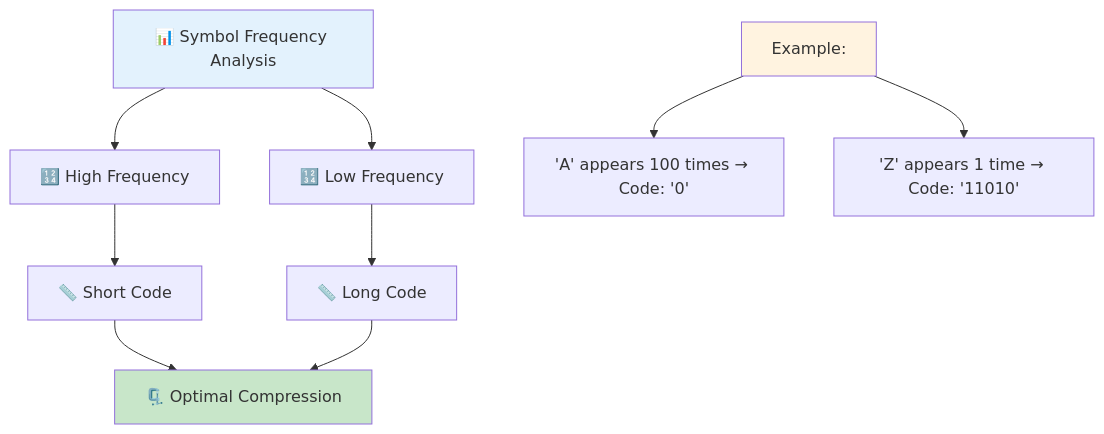
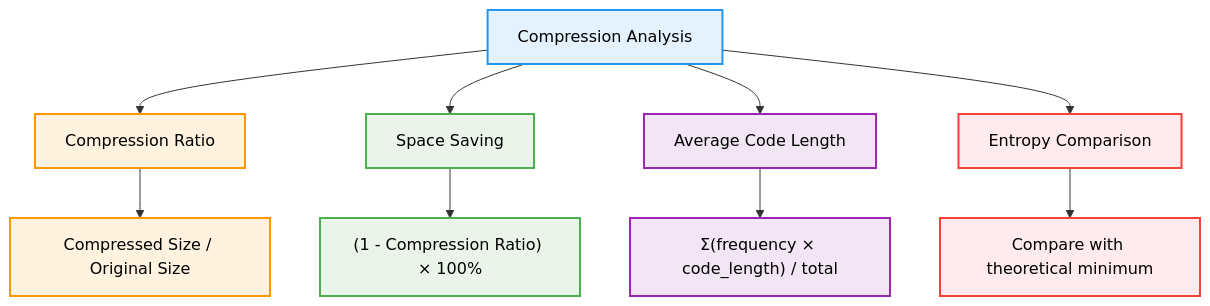
One commit to AbhishekGiri04/Algorithmics-Foundations changed the fourth of 6 diagrams in concepts/huffman.md. Above: the diagram before and after it, drawn with Mermaid. The commit also changed other lines of this file, not shown here.

````diff
--- a/concepts/huffman.md
+++ b/concepts/huffman.md
@@ -50,18 +430,24 @@
 ```mermaid
 flowchart TD
-    A["📊 Symbol Frequency Analysis"] --> B["🔢 High Frequency"]
-    A --> C["🔢 Low Frequency"]
+    A["Compression Analysis"] --> B["Compression Ratio"]
+    A --> C["Space Saving"]
+    A --> D["Average Code Length"]
+    A --> E["Entropy Comparison"]
     
-    B --> D["📏 Short Code"]
-    C --> E["📏 Long Code"]
+    B --> F["Compressed Size / Original Size"]
+    C --> G["(1 - Compression Ratio) × 100%"]
+    D --> H["Σ(frequency × code_length) / total"]
+    E --> I["Compare with theoretical minimum"]
     
-    D --> F["🗜️ Optimal Compression"]
-    E --> F
-    
-    G["Example:"] --> H["'A' appears 100 times → Code: '0'"]
-    G --> I["'Z' appears 1 time → Code: '11010'"]
-    
-    style A fill:#e3f2fd
-    style F fill:#c8e6c9
-    style G fill:#fff3e0
+    classDef default fill:#f9f9f9,stroke:#333,stroke-width:2px,color:#000
+    classDef analysis fill:#e3f2fd,stroke:#2196f3,stroke-width:2px,color:#000
+    classDef ratio fill:#fff3e0,stroke:#ff9800,stroke-width:2px,color:#000
+    classDef saving fill:#e8f5e8,stroke:#4caf50,stroke-width:2px,color:#000
+    classDef length fill:#f3e5f5,stroke:#9c27b0,stroke-width:2px,color:#000
+    classDef entropy fill:#ffebee,stroke:#f44336,stroke-width:2px,color:#000
+    class A analysis
+    class B,F ratio
+    class C,G saving
+    class D,H length
+    class E,I entropy
 ```
````
